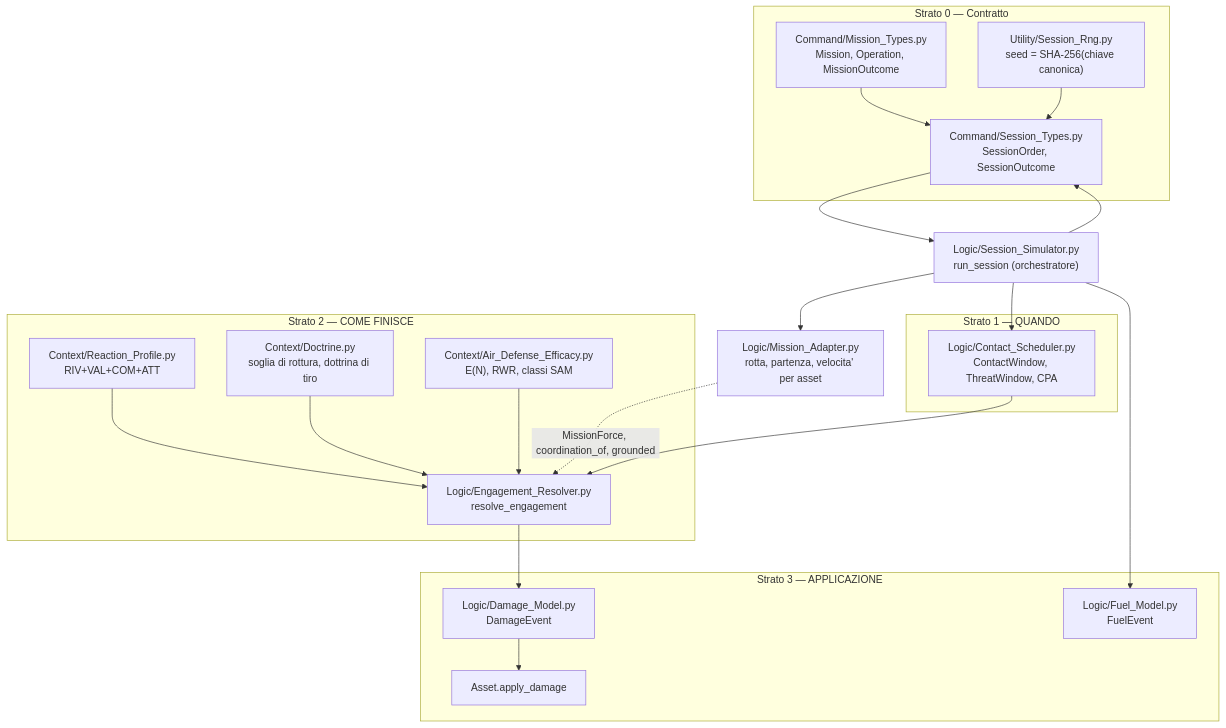
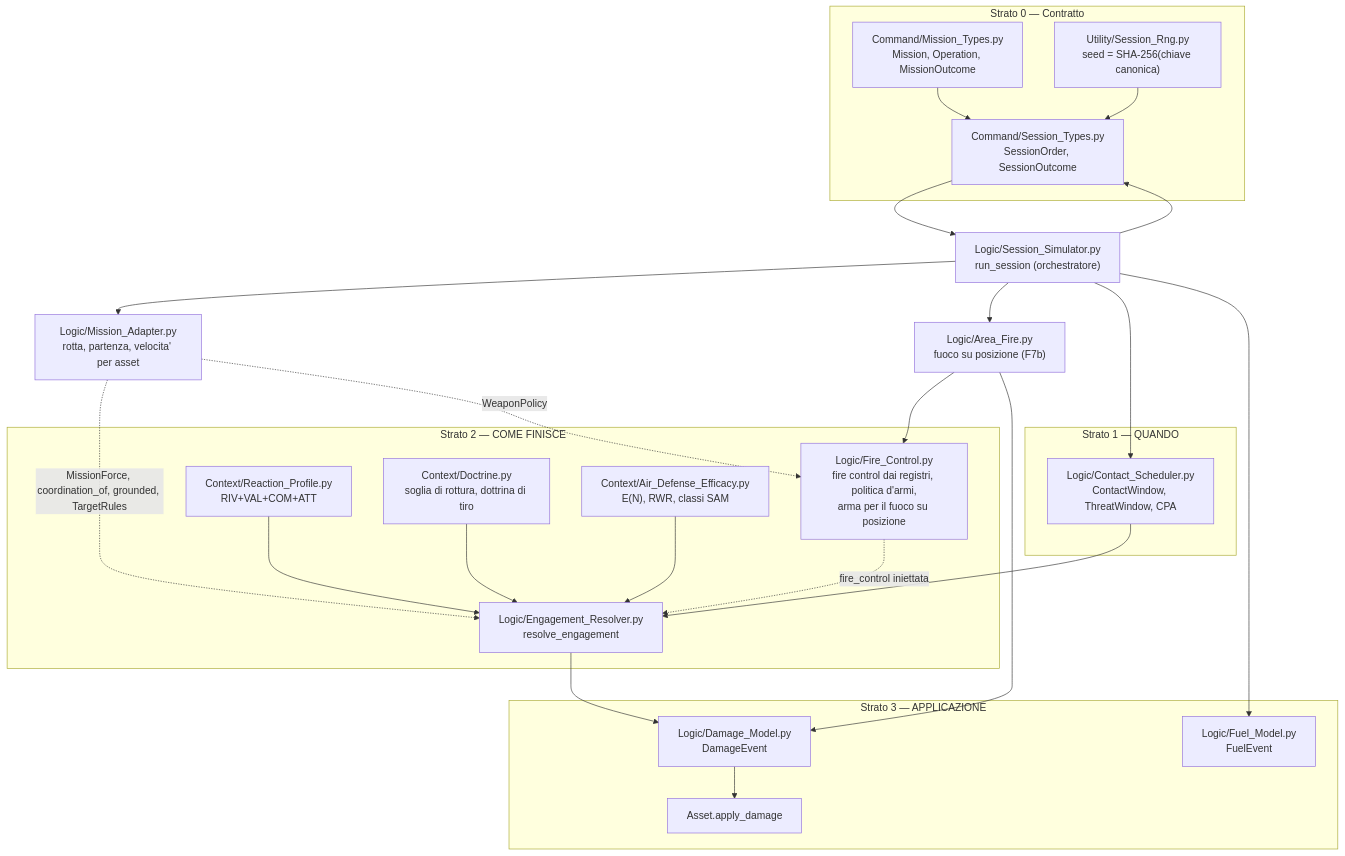
The diagram in Analysis/Document/Manuale_Motore_DES/02_Scopo_e_Motivazioni.md (MakusIV/Warfare-Model), drawn with Mermaid before and after one commit. The commit also changed other lines of this file and 9 other files, not shown here.

Commit message:
Manuale DES aggiornato a dcedc541: F7a (regole d'ingaggio di missione), correzione A-10C, F7b (fuoco su posizione, Area_Fire, AREA_FIRE_EVENT), S28/S29, fotografia 982, §9.6 voci 14-18 e 12 chiuse, nuove voci 22-23

````diff
--- a/Analysis/Document/Manuale_Motore_DES/02_Scopo_e_Motivazioni.md
+++ b/Analysis/Document/Manuale_Motore_DES/02_Scopo_e_Motivazioni.md
@@ -41,43 +45,50 @@
 ```mermaid
 flowchart TD
     subgraph S0["Strato 0 — Contratto"]
         ST["Command/Session_Types.py<br/>SessionOrder, SessionOutcome"]
         MT["Command/Mission_Types.py<br/>Mission, Operation, MissionOutcome"]
         RNG["Utility/Session_Rng.py<br/>seed = SHA-256(chiave canonica)"]
     end
 
     subgraph S1["Strato 1 — QUANDO"]
         CS["Logic/Contact_Scheduler.py<br/>ContactWindow, ThreatWindow, CPA"]
     end
 
     subgraph S2["Strato 2 — COME FINISCE"]
         ER["Logic/Engagement_Resolver.py<br/>resolve_engagement"]
+        FC["Logic/Fire_Control.py<br/>fire control dai registri, politica d'armi,<br/>arma per il fuoco su posizione"]
         RP["Context/Reaction_Profile.py<br/>RIV+VAL+COM+ATT"]
         DOC["Context/Doctrine.py<br/>soglia di rottura, dottrina di tiro"]
         ADE["Context/Air_Defense_Efficacy.py<br/>E(N), RWR, classi SAM"]
     end
 
     subgraph S3["Strato 3 — APPLICAZIONE"]
         DM["Logic/Damage_Model.py<br/>DamageEvent"]
         FM["Logic/Fuel_Model.py<br/>FuelEvent"]
         AD["Asset.apply_damage"]
     end
 
     ORCH["Logic/Session_Simulator.py<br/>run_session (orchestratore)"]
     MA["Logic/Mission_Adapter.py<br/>rotta, partenza, velocita' per asset"]
+    AF["Logic/Area_Fire.py<br/>fuoco su posizione (F7b)"]
 
     MT --> ST
     ST --> ORCH
     ORCH --> MA
-    MA -.->|MissionForce, coordination_of, grounded| ER
+    MA -.->|MissionForce, coordination_of, grounded, TargetRules| ER
+    MA -.->|WeaponPolicy| FC
+    FC -.->|fire_control iniettata| ER
+    ORCH --> AF
+    AF --> FC
+    AF --> DM
     RNG --> ST
     ORCH --> CS
     CS --> ER
     RP --> ER
     DOC --> ER
     ADE --> ER
     ER --> DM
     ORCH --> FM
     DM --> AD
     ORCH --> ST
 ```
````
